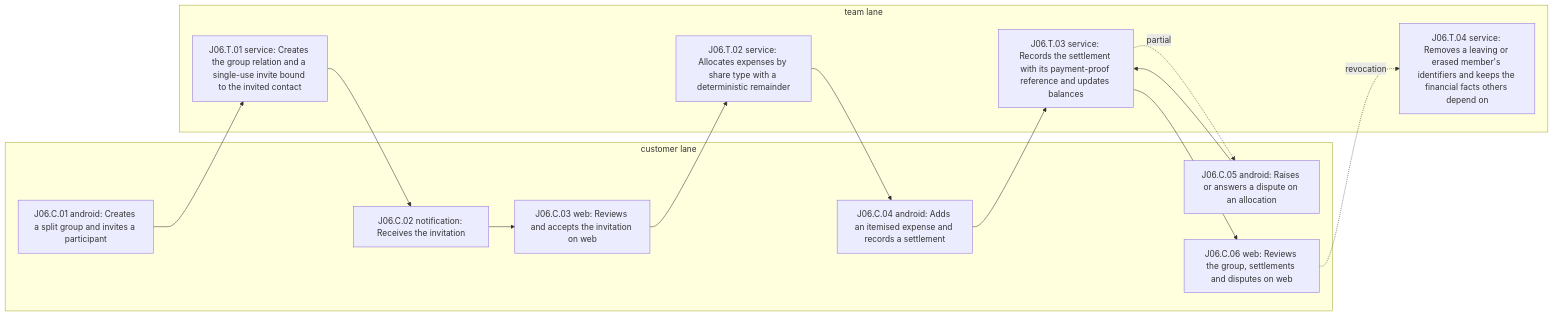
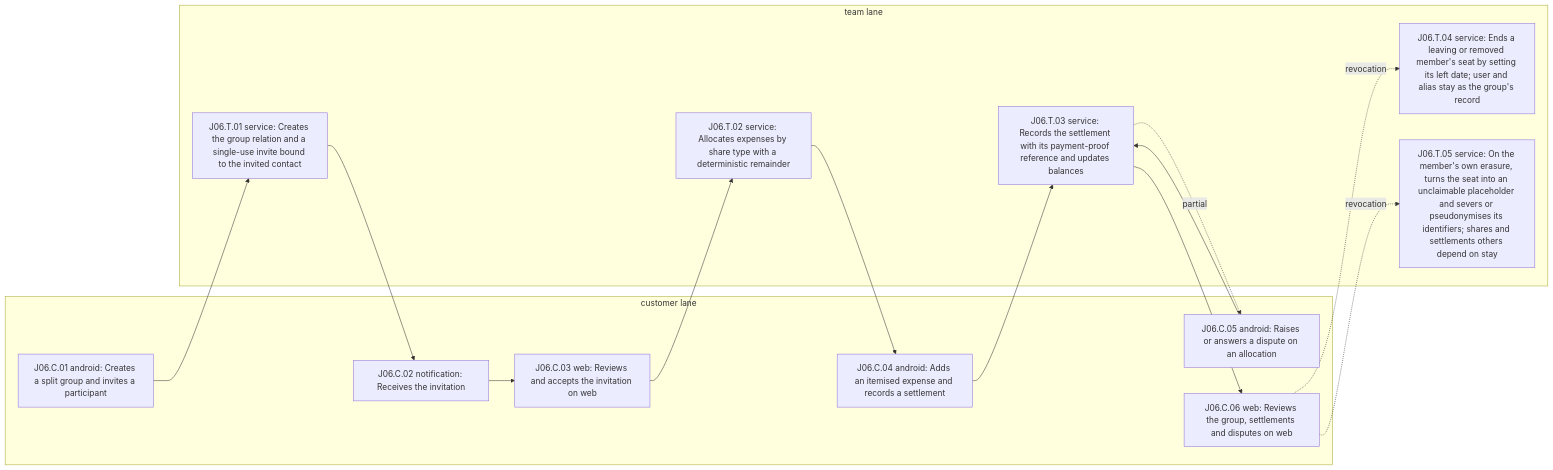
The seventh of 13 diagrams in product/journey-blueprints.md (PenniLogic/docs), drawn with Mermaid before and after one commit. The commit also changed other lines of this file and 2 other files, not shown here.

First line of the commit message:
fix(journeys): follow ADR-021 for group leave, erasure and grant narrowing

````diff
--- a/product/journey-blueprints.md
+++ b/product/journey-blueprints.md
@@ -651,27 +651,29 @@
 ```mermaid
 flowchart LR
     subgraph customer[customer lane]
         J06_C_01["J06.C.01 android: Creates a split group and invites a participant"]
         J06_C_02["J06.C.02 notification: Receives the invitation"]
         J06_C_03["J06.C.03 web: Reviews and accepts the invitation on web"]
         J06_C_04["J06.C.04 android: Adds an itemised expense and records a settlement"]
         J06_C_05["J06.C.05 android: Raises or answers a dispute on an allocation"]
         J06_C_06["J06.C.06 web: Reviews the group, settlements and disputes on web"]
     end
     subgraph team[team lane]
         J06_T_01["J06.T.01 service: Creates the group relation and a single-use invite bound to the invited contact"]
         J06_T_02["J06.T.02 service: Allocates expenses by share type with a deterministic remainder"]
         J06_T_03["J06.T.03 service: Records the settlement with its payment-proof reference and updates balances"]
-        J06_T_04["J06.T.04 service: Removes a leaving or erased member's identifiers and keeps the financial facts others depend on"]
+        J06_T_04["J06.T.04 service: Ends a leaving or removed member's seat by setting its left date; user and alias stay as the group's record"]
+        J06_T_05["J06.T.05 service: On the member's own erasure, turns the seat into an unclaimable placeholder and severs or pseudonymises its identifiers; shares and settlements others depend on stay"]
     end
     J06_C_01 --> J06_T_01
     J06_T_01 --> J06_C_02
     J06_C_02 --> J06_C_03
     J06_C_03 --> J06_T_02
     J06_T_02 --> J06_C_04
     J06_C_04 --> J06_T_03
     J06_T_03 --> J06_C_06
     J06_T_03 -. partial .-> J06_C_05
     J06_C_05 --> J06_T_03
     J06_C_06 -. revocation .-> J06_T_04
+    J06_C_06 -. revocation .-> J06_T_05
 ```
````
